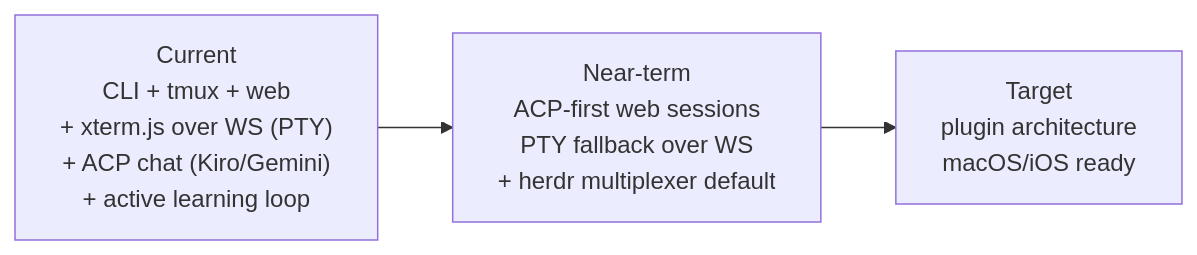
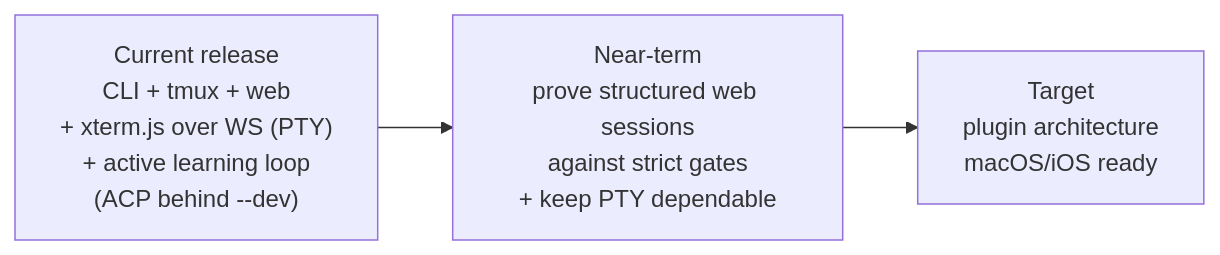
The diagram in docs/architecture.md (NetDevAutomate/StudyLoop), drawn with Mermaid before and after one commit. The commit also changed other lines of this file and 31 other files, not shown here.

Commit message:
Gate ACP behind dev mode and verify PTY harnesses

````diff
--- a/docs/architecture.md
+++ b/docs/architecture.md
@@ -19,8 +19,8 @@
 ```mermaid
 flowchart LR
-    Current["Current<br/>CLI + tmux + web<br/>+ xterm.js over WS (PTY)<br/>+ ACP chat (Kiro/Gemini)<br/>+ active learning loop"]
-    Hybrid["Near-term<br/>ACP-first web sessions<br/>PTY fallback over WS<br/>+ herdr multiplexer default"]
+    Current["Current release<br/>CLI + tmux + web<br/>+ xterm.js over WS (PTY)<br/>+ active learning loop<br/>(ACP behind --dev)"]
+    Hybrid["Near-term<br/>prove structured web sessions<br/>against strict gates<br/>+ keep PTY dependable"]
     Target["Target<br/>plugin architecture<br/>macOS/iOS ready"]
 
     Current --> Hybrid --> Target
 ```
````
